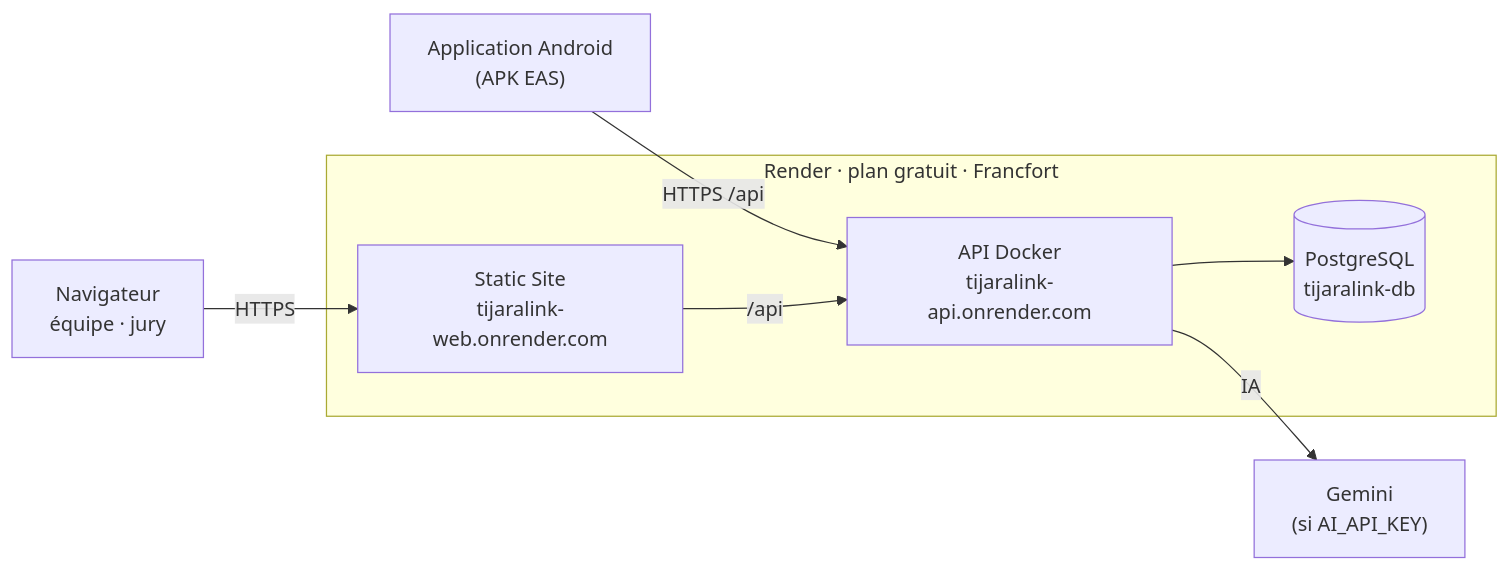
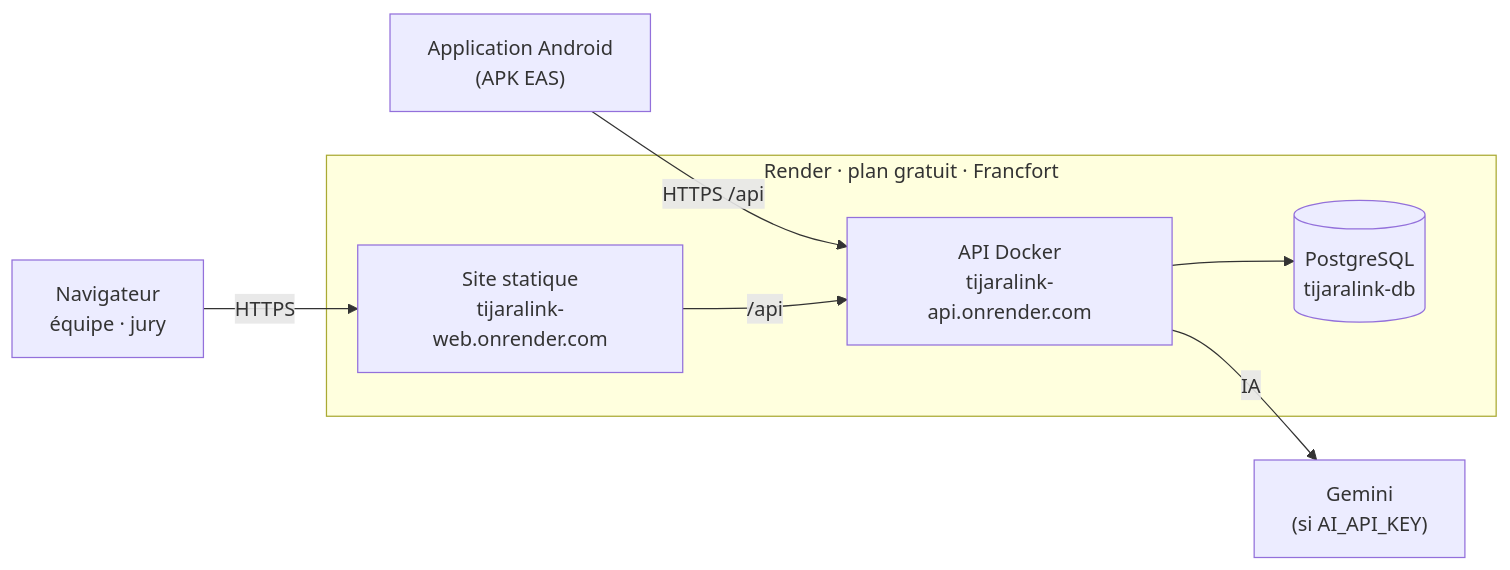
One commit to obaid-ba/marketplace-b2b changed the diagram in README.md. Above: the diagram before and after it, drawn with Mermaid. The commit also changed other lines of this file, not shown here.

````diff
--- a/README.md
+++ b/README.md
@@ -211,15 +307,15 @@
 ```mermaid
 flowchart LR
   T["Navigateur<br/>équipe · jury"] -->|"HTTPS"| WEB
   M["Application Android<br/>(APK EAS)"] -->|"HTTPS /api"| API
 
   subgraph Render["Render · plan gratuit · Francfort"]
-    WEB["Static Site<br/>tijaralink-web.onrender.com"]
+    WEB["Site statique<br/>tijaralink-web.onrender.com"]
     API["API Docker<br/>tijaralink-api.onrender.com"]
     DB[("PostgreSQL<br/>tijaralink-db")]
   end
 
   WEB -->|"/api"| API
   API --> DB
   API -->|"IA"| G["Gemini<br/>(si AI_API_KEY)"]
 ```
````
